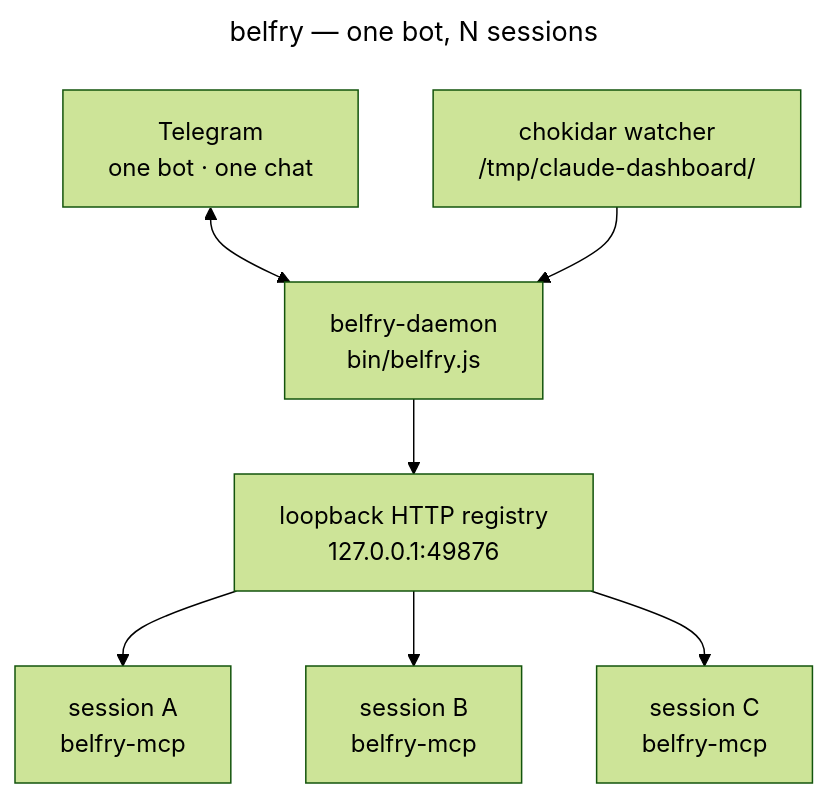
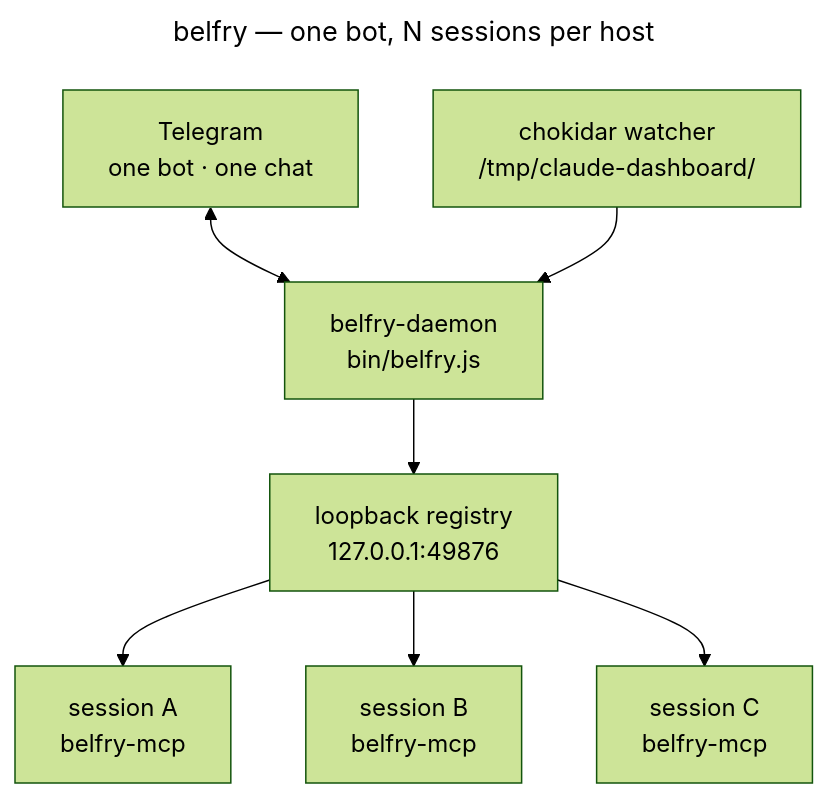
The first of 2 diagrams in README.md (harteWired/belfry), drawn with Mermaid (forest theme) before and after one commit. The commit also changed other lines of this file and 1 other file, not shown here.

````diff
--- a/README.md
+++ b/README.md
@@ -119,20 +37,21 @@
 ```mermaid
 ---
-title: belfry — one bot, N sessions
+title: belfry — one bot, N sessions per host
+accDescr: Telegram connects to the belfry daemon, which watches the dashboard dir and fans replies out through a loopback registry to per-session MCP plugins.
 ---
 flowchart TD
     TG[Telegram<br/>one bot · one chat]
     Daemon[belfry-daemon<br/>bin/belfry.js]
     Watcher[chokidar watcher<br/>/tmp/claude-dashboard/]
-    Reg[loopback HTTP registry<br/>127.0.0.1:49876]
+    Reg[loopback registry<br/>127.0.0.1:49876]
     A[session A<br/>belfry-mcp]
     B[session B<br/>belfry-mcp]
     C[session C<br/>belfry-mcp]
 
     TG <--> Daemon
     Watcher --> Daemon
     Daemon --> Reg
     Reg --> A
     Reg --> B
     Reg --> C
 ```
````
